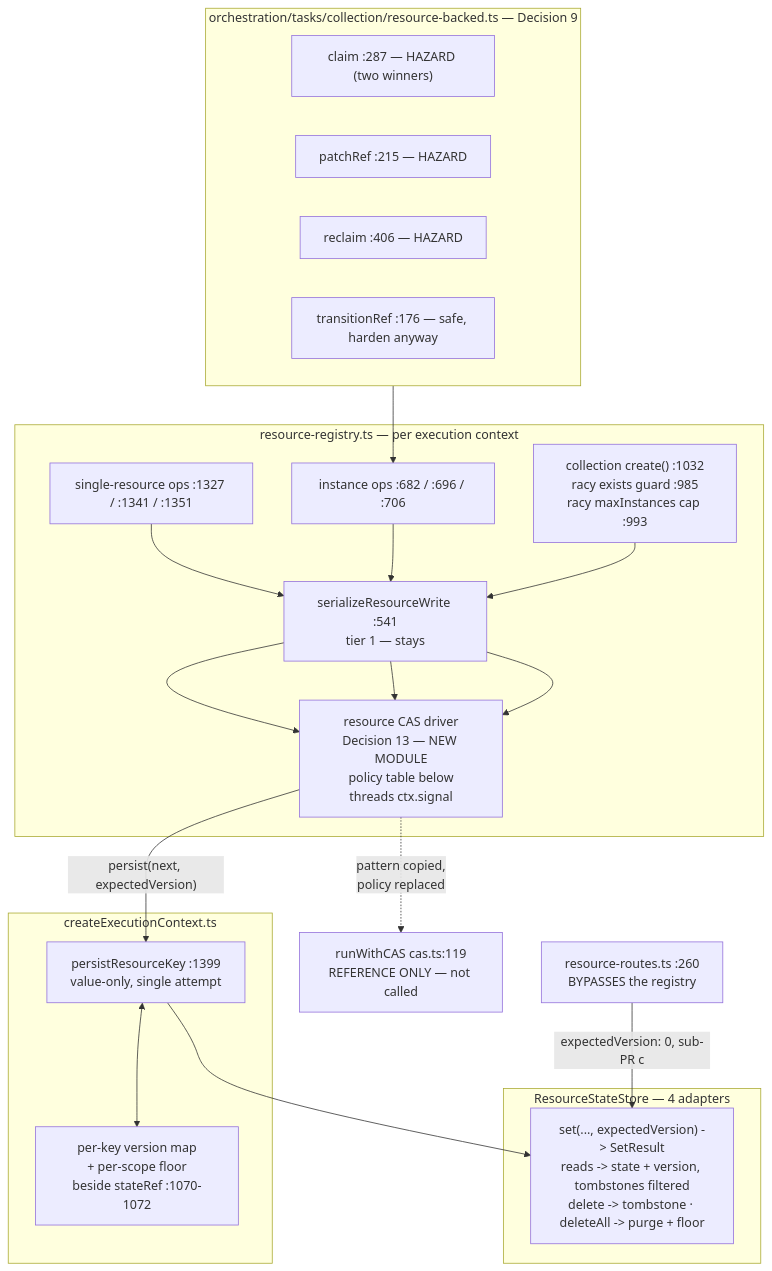
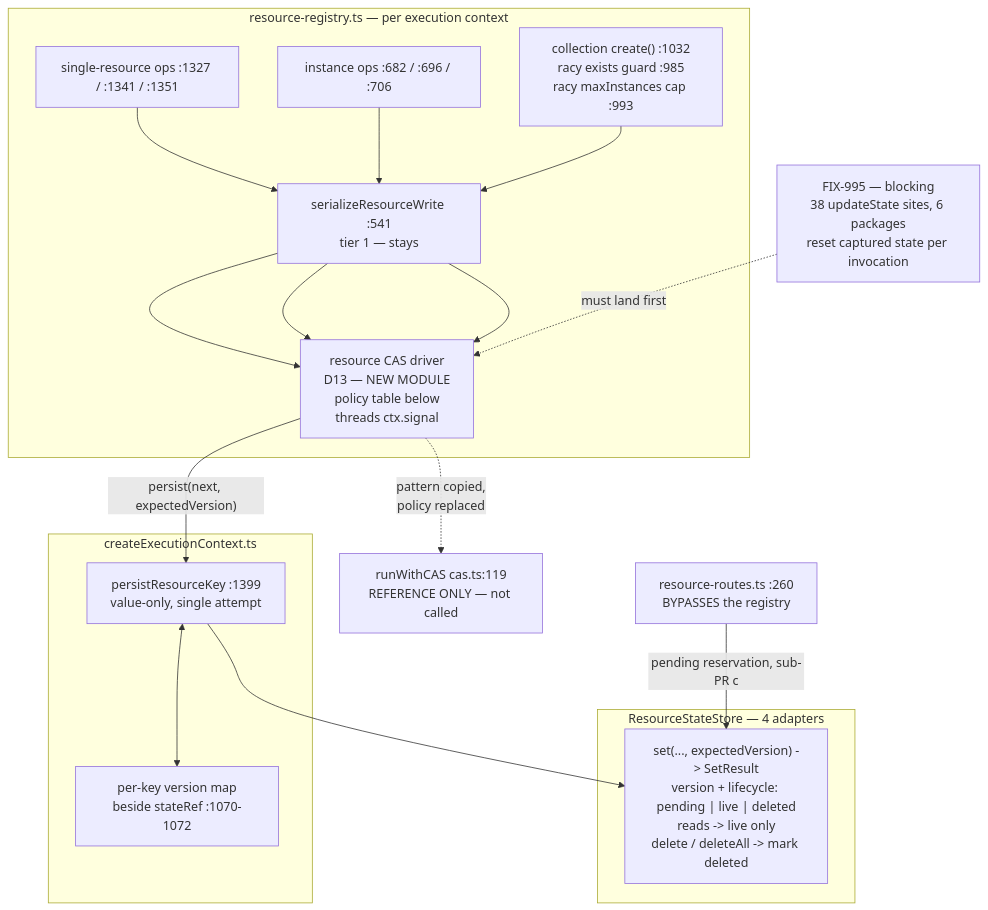
Before and after one commit to fixpoint-labs/flow-state-dev: the diagram in docs/specs/FIX-992.md, drawn with Mermaid. The commit also changed other lines of this file, not shown here.

First line of the commit message:
spec(FIX-992): fold round-3 buildability pass — one lifecycle column, replay hardening to FIX-995

````diff
--- a/docs/specs/FIX-992.md
+++ b/docs/specs/FIX-992.md
@@ -219,34 +190,29 @@
 ```mermaid
 flowchart TD
-    subgraph orch["orchestration/tasks/collection/resource-backed.ts — Decision 9"]
-      U1["claim :287 — HAZARD (two winners)"]
-      U2["patchRef :215 — HAZARD"]
-      U3["reclaim :406 — HAZARD"]
-      U4["transitionRef :176 — safe, harden anyway"]
-    end
+    F995["FIX-995 — blocking<br/>38 updateState sites, 6 packages<br/>reset captured state per invocation"]
     subgraph reg["resource-registry.ts — per execution context"]
       A1["single-resource ops :1327 / :1341 / :1351"]
       A2["instance ops :682 / :696 / :706"]
       A3["collection create() :1032<br/>racy exists guard :985<br/>racy maxInstances cap :993"]
       Q["serializeResourceWrite :541<br/>tier 1 — stays"]
-      CAS["resource CAS driver<br/>Decision 13 — NEW MODULE<br/>policy table below<br/>threads ctx.signal"]
+      CAS["resource CAS driver<br/>D13 — NEW MODULE<br/>policy table below<br/>threads ctx.signal"]
       A1 --> Q --> CAS
       A2 --> Q --> CAS
       A3 --> Q --> CAS
     end
-    orch --> A2
+    F995 -.->|"must land first"| CAS
     subgraph ctx["createExecutionContext.ts"]
       CP["persistResourceKey :1399<br/>value-only, single attempt"]
-      VC["per-key version map<br/>+ per-scope floor<br/>beside stateRef :1070-1072"]
+      VC["per-key version map<br/>beside stateRef :1070-1072"]
       CP <--> VC
     end
     CAS -->|"persist(next, expectedVersion)"| CP
     R["resource-routes.ts :260<br/>BYPASSES the registry"]
     subgraph store["ResourceStateStore — 4 adapters"]
-      S["set(..., expectedVersion) -> SetResult<br/>reads -> state + version, tombstones filtered<br/>delete -> tombstone · deleteAll -> purge + floor"]
+      S["set(..., expectedVersion) -> SetResult<br/>version + lifecycle: pending | live | deleted<br/>reads -> live only<br/>delete / deleteAll -> mark deleted"]
     end
     CP --> S
-    R -->|"expectedVersion: 0, sub-PR c"| S
+    R -->|"pending reservation, sub-PR c"| S
     REF["runWithCAS cas.ts:119<br/>REFERENCE ONLY — not called"]
     CAS -.->|"pattern copied,<br/>policy replaced"| REF
 ```
````
